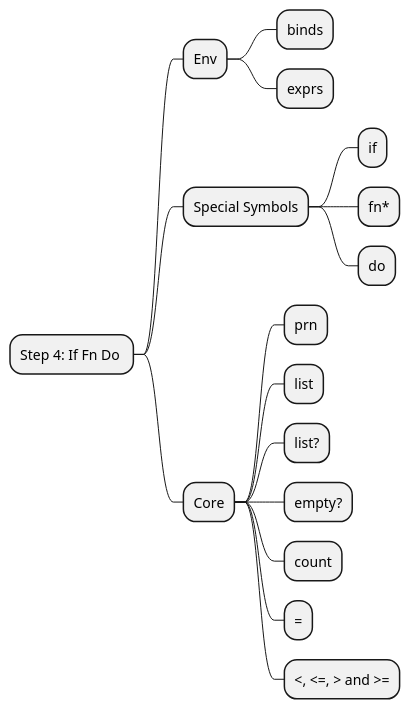
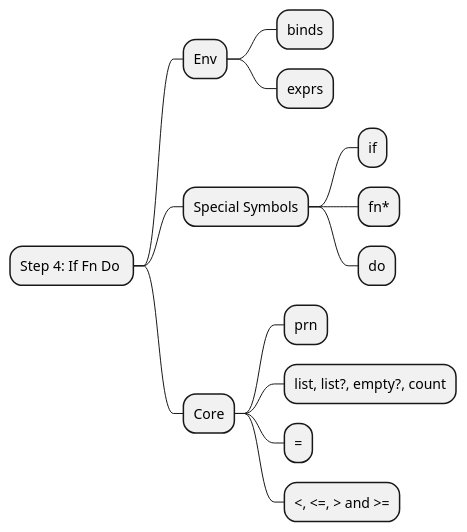
The fifth of 5 diagrams in README.md (Ragnarok540/mal), drawn with PlantUML before and after one commit. The commit also changed 4 other files, not shown here.

````diff
--- a/README.md
+++ b/README.md
@@ -78,20 +78,17 @@
 ```plantuml
 @startmindmap
 # Step 4: If Fn Do 
 ## Env
 ### binds
 ### exprs
 ## Special Symbols
 ### if
 ### fn*
 ### do
 ## Core
 ### prn
-### list
-### list?
-### empty?
-### count
+### list, list?, empty?, count
 ### =
 ### <, <=, > and >=
 @endmindmap
 ```
````
